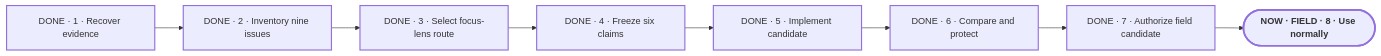
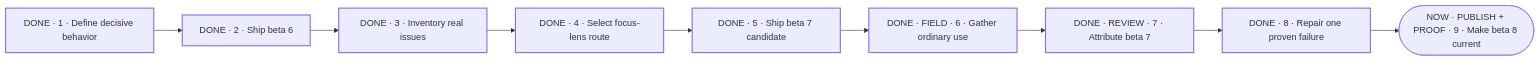
Before and after one commit to Pu11en/portable-planner: the diagram in planning/PLAN-VIEW.md, drawn with Mermaid. The commit also changed other lines of this file and 19 other files, not shown here.

Commit message:
release: prepare beta 8 field candidate

````diff
--- a/planning/PLAN-VIEW.md
+++ b/planning/PLAN-VIEW.md
@@ -11,18 +11,19 @@
 ```mermaid
 flowchart LR
-    M1["DONE · 1 · Recover evidence"]
-    M2["DONE · 2 · Inventory nine issues"]
-    M3["DONE · 3 · Select focus-lens route"]
-    M4["DONE · 4 · Freeze six claims"]
-    M5["DONE · 5 · Implement candidate"]
-    M6["DONE · 6 · Compare and protect"]
-    M7["DONE · 7 · Authorize field candidate"]
-    M8(["NOW · FIELD · 8 · Use normally"])
-    M1 --> M2 --> M3 --> M4 --> M5 --> M6 --> M7 --> M8
+    M1["DONE · 1 · Define decisive behavior"]
+    M2["DONE · 2 · Ship beta 6"]
+    M3["DONE · 3 · Inventory real issues"]
+    M4["DONE · 4 · Select focus-lens route"]
+    M5["DONE · 5 · Ship beta 7 candidate"]
+    M6["DONE · FIELD · 6 · Gather ordinary use"]
+    M7["DONE · REVIEW · 7 · Attribute beta 7"]
+    M8["DONE · 8 · Repair one proven failure"]
+    M9(["NOW · PUBLISH + PROOF · 9 · Make beta 8 current"])
+    M1 --> M2 --> M3 --> M4 --> M5 --> M6 --> M7 --> M8 --> M9
 
     classDef current stroke-width:3px,font-weight:700;
     classDef milestone stroke-width:2px;
     classDef proof stroke-width:3px,font-weight:700;
-    class M8 current;
-    class M1,M2,M3,M4,M5,M6,M7 milestone;
+    class M9 current,proof;
+    class M1,M2,M3,M4,M5,M6,M7,M8 milestone;
 ```
````
